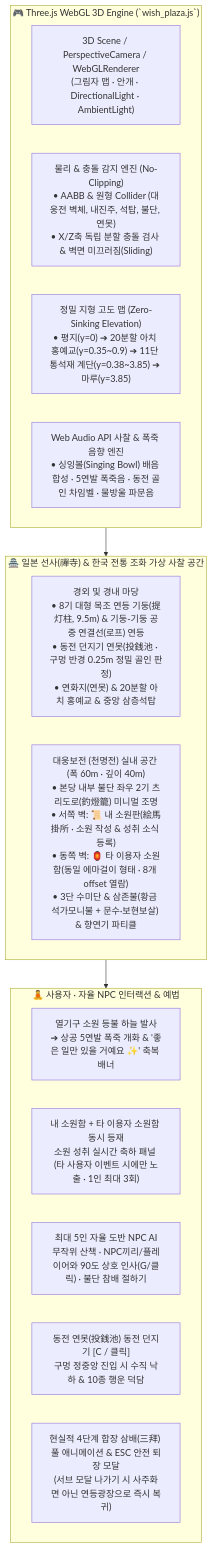
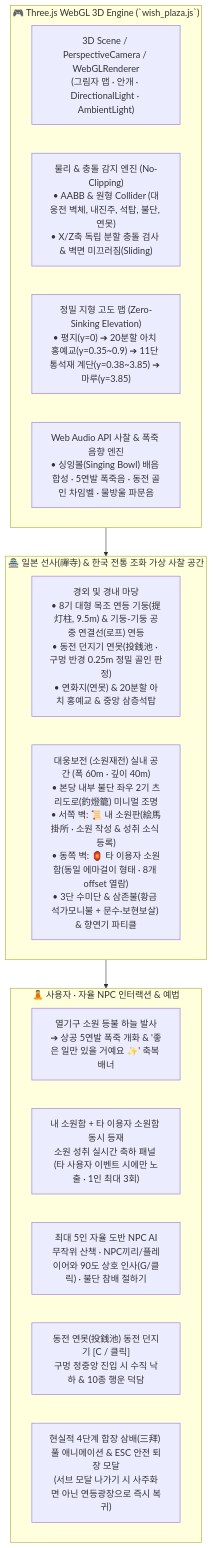
One commit to minjae0529-blip/Daily-Fortune changed the second of 6 diagrams in README.md. Above: the diagram before and after it, drawn with Mermaid. The commit also changed other lines of this file and 13 other files, not shown here.

````diff
--- a/README.md
+++ b/README.md
@@ -90,25 +90,25 @@
 ```mermaid
 graph TB
     subgraph Engine ["🎮 Three.js WebGL 3D Engine (`wish_plaza.js`)"]
         Render["3D Scene / PerspectiveCamera / WebGLRenderer<br/>(그림자 맵 · 안개 · DirectionalLight · AmbientLight)"]
         Physics["물리 & 충돌 감지 엔진 (No-Clipping)<br/>• AABB & 원형 Collider (대웅전 벽체, 내진주, 석탑, 불단, 연못)<br/>• X/Z축 독립 분할 충돌 검사 & 벽면 미끄러짐(Sliding)"]
         Elevation["정밀 지형 고도 맵 (Zero-Sinking Elevation)<br/>• 평지(y=0) ➔ 20분할 아치 홍예교(y=0.35~0.9) ➔ 11단 통석재 계단(y=0.38~3.85) ➔ 마루(y=3.85)"]
         Audio["Web Audio API 사찰 & 폭죽 음향 엔진<br/>• 싱잉볼(Singing Bowl) 배음 합성 · 5연발 폭죽음 · 동전 골인 차임벨 · 물방울 파문음"]
     end
 
     subgraph TempleSpace ["🏯 일본 선사(禪寺) & 한국 전통 조화 가상 사찰 공간"]
         OutCourtyard["경외 및 경내 마당<br/>• 8기 대형 목조 연등 기둥(提灯柱, 9.5m) & 기둥-기둥 공중 연결선(로프) 연등<br/>• 동전 던지기 연못(投銭池 · 구멍 반경 0.25m 정밀 골인 판정)<br/>• 연화지(연못) & 20분할 아치 홍예교 & 중앙 삼층석탑"]
-        Daeungjeon["대웅보전 (천명전) 실내 공간 (폭 60m · 깊이 40m)<br/>• 본당 내부 불단 좌우 2기 츠리도로(釣燈籠) 미니멀 조명<br/>• 서쪽 벽: 📜 내 소원판(絵馬掛所 · 소원 작성 & 성취 소식 등록)<br/>• 동쪽 벽: 🏮 타 이용자 소원함(동일 에마걸이 형태 · 8개 offset 열람)<br/>• 3단 수미단 & 삼존불(황금 석가모니불 + 문수·보현보살) & 향연기 파티클"]
+        Daeungjeon["대웅보전 (소원재전) 실내 공간 (폭 60m · 깊이 40m)<br/>• 본당 내부 불단 좌우 2기 츠리도로(釣燈籠) 미니멀 조명<br/>• 서쪽 벽: 📜 내 소원판(絵馬掛所 · 소원 작성 & 성취 소식 등록)<br/>• 동쪽 벽: 🏮 타 이용자 소원함(동일 에마걸이 형태 · 8개 offset 열람)<br/>• 3단 수미단 & 삼존불(황금 석가모니불 + 문수·보현보살) & 향연기 파티클"]
     end
 
     subgraph UserActions ["🧘 사용자 · 자율 NPC 인터랙션 & 예법"]
         SkyLaunch["열기구 소원 등불 하늘 발사<br/>➔ 상공 5연발 폭죽 개화 & '좋은 일만 있을 거예요 ✨' 축복 배너"]
         WishBoards["내 소원함 + 타 이용자 소원함 동시 등재<br/>소원 성취 실시간 축하 패널 (타 사용자 이벤트 시에만 노출 · 1인 최대 3회)"]
         NpcAI["최대 5인 자율 도반 NPC AI<br/>무작위 산책 · NPC끼리/플레이어와 90도 상호 인사(G/클릭) · 불단 참배 절하기"]
         CoinToss["동전 연못(投銭池) 동전 던지기 [C / 클릭]<br/>구멍 정중앙 진입 시 수직 낙하 & 10종 행운 덕담"]
         Bow["현실적 4단계 합장 삼배(三拜) 풀 애니메이션 & ESC 안전 퇴장 모달<br/>(서브 모달 나가기 시 사주화면 아닌 연등광장으로 즉시 복귀)"]
     end
 
     Engine --> TempleSpace
     TempleSpace --> UserActions
 ```
````
